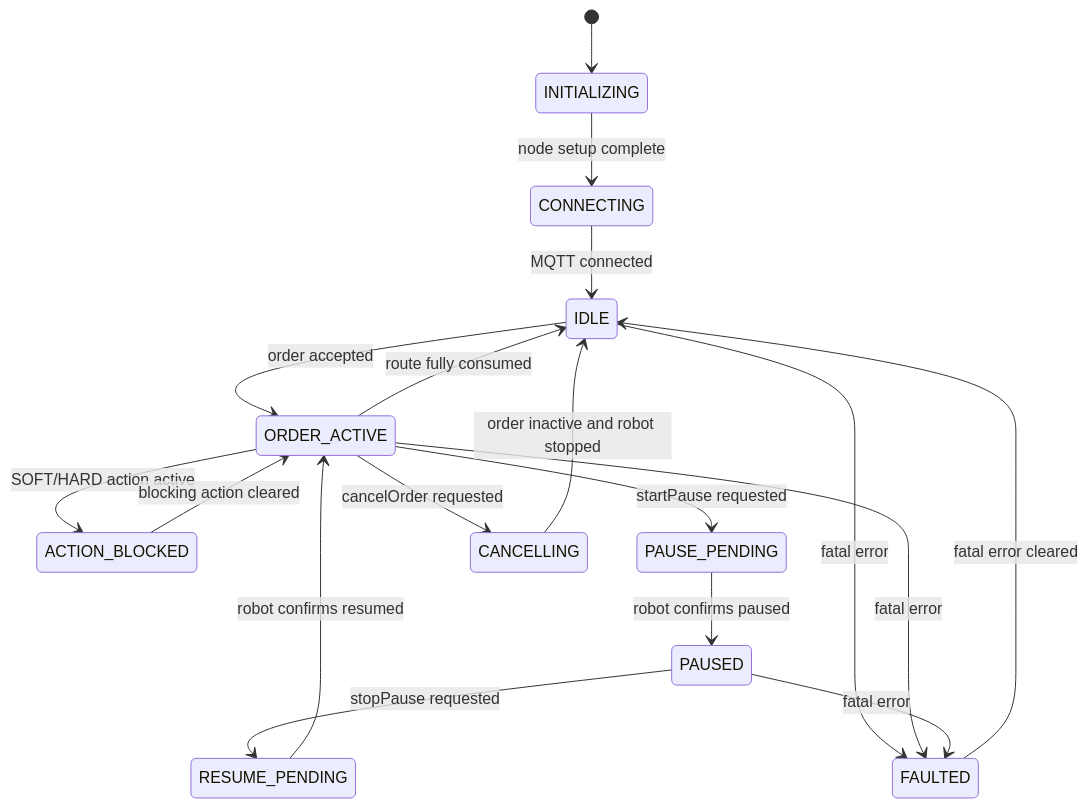
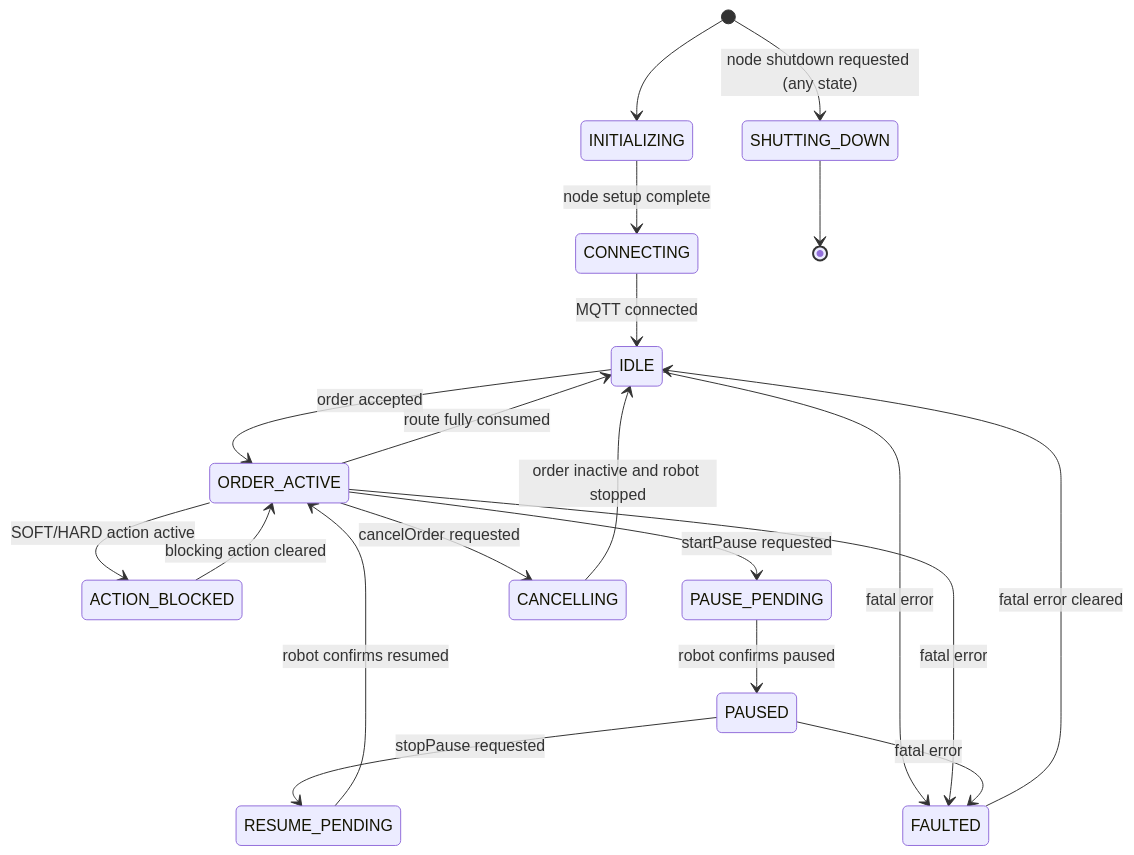
The third of 7 diagrams in vda5050_client_adapter/docs/architecture.md (NhatTran-97/eiu-vda5050-support-open-rmf), drawn with Mermaid before and after one commit. The commit also changed other lines of this file, not shown here.

Commit message:
updated architecture for docs

````diff
--- a/vda5050_client_adapter/docs/architecture.md
+++ b/vda5050_client_adapter/docs/architecture.md
@@ -95,20 +98,22 @@
 ```mermaid
 stateDiagram-v2
     [*] --> INITIALIZING
     INITIALIZING --> CONNECTING: node setup complete
     CONNECTING --> IDLE: MQTT connected
     IDLE --> ORDER_ACTIVE: order accepted
     ORDER_ACTIVE --> ACTION_BLOCKED: SOFT/HARD action active
     ACTION_BLOCKED --> ORDER_ACTIVE: blocking action cleared
     ORDER_ACTIVE --> PAUSE_PENDING: startPause requested
     PAUSE_PENDING --> PAUSED: robot confirms paused
     PAUSED --> RESUME_PENDING: stopPause requested
     RESUME_PENDING --> ORDER_ACTIVE: robot confirms resumed
     ORDER_ACTIVE --> CANCELLING: cancelOrder requested
     CANCELLING --> IDLE: order inactive and robot stopped
     ORDER_ACTIVE --> IDLE: route fully consumed
     IDLE --> FAULTED: fatal error
     ORDER_ACTIVE --> FAULTED: fatal error
     PAUSED --> FAULTED: fatal error
     FAULTED --> IDLE: fatal error cleared
+    [*] --> SHUTTING_DOWN: node shutdown requested (any state)
+    SHUTTING_DOWN --> [*]
 ```
````
